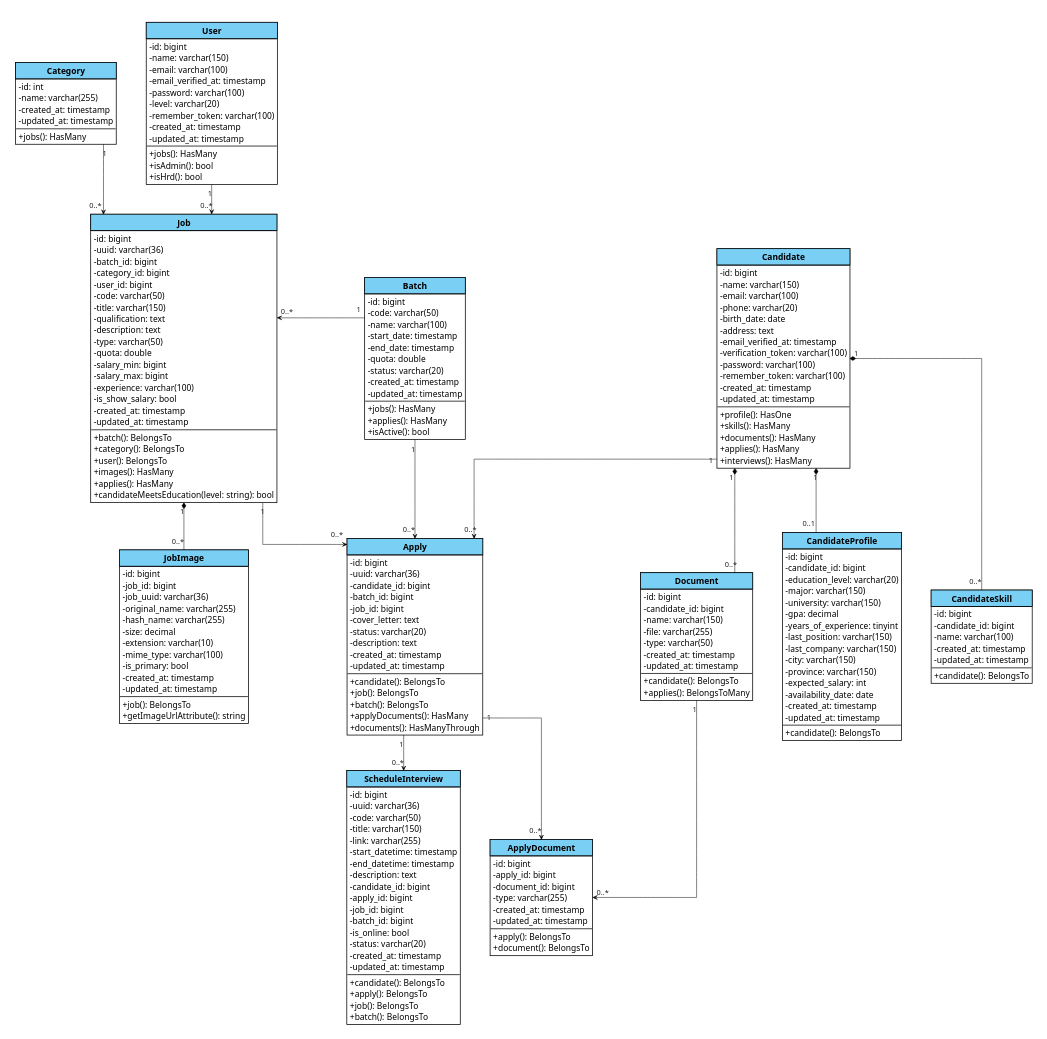
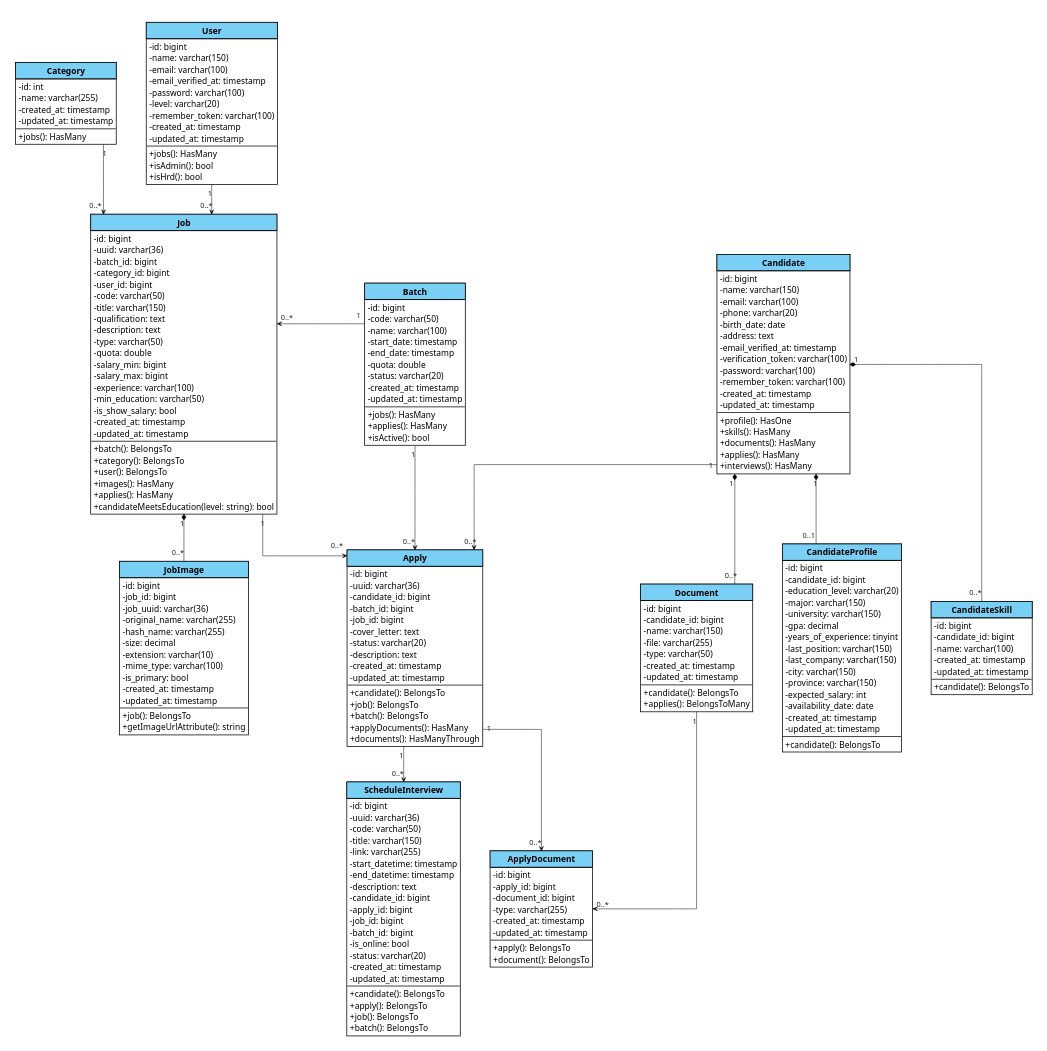
Before and after one commit to Madtive-Studio/klinik_keluarga_career: the diagram in public/assets/diagrams/VP/Class_Diagram_No_Enum.puml, drawn with PlantUML. The commit also changed 20 other files, not shown here.

Commit message:
refactor: move min_education to jobs table and remove JobCriteria entities

```diff
--- a/public/assets/diagrams/VP/Class_Diagram_No_Enum.puml
+++ b/public/assets/diagrams/VP/Class_Diagram_No_Enum.puml
@@ -81,6 +81,7 @@
     -salary_min: bigint
     -salary_max: bigint
     -experience: varchar(100)
+    -min_education: varchar(50)
     -is_show_salary: bool
     -created_at: timestamp
     -updated_at: timestamp
```
